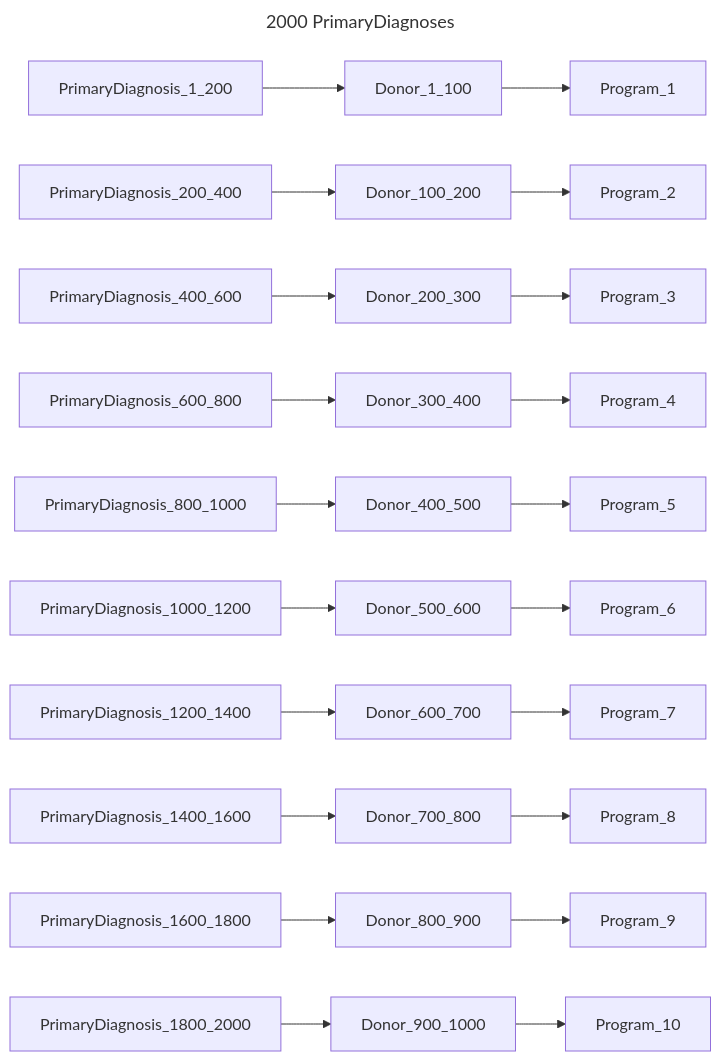
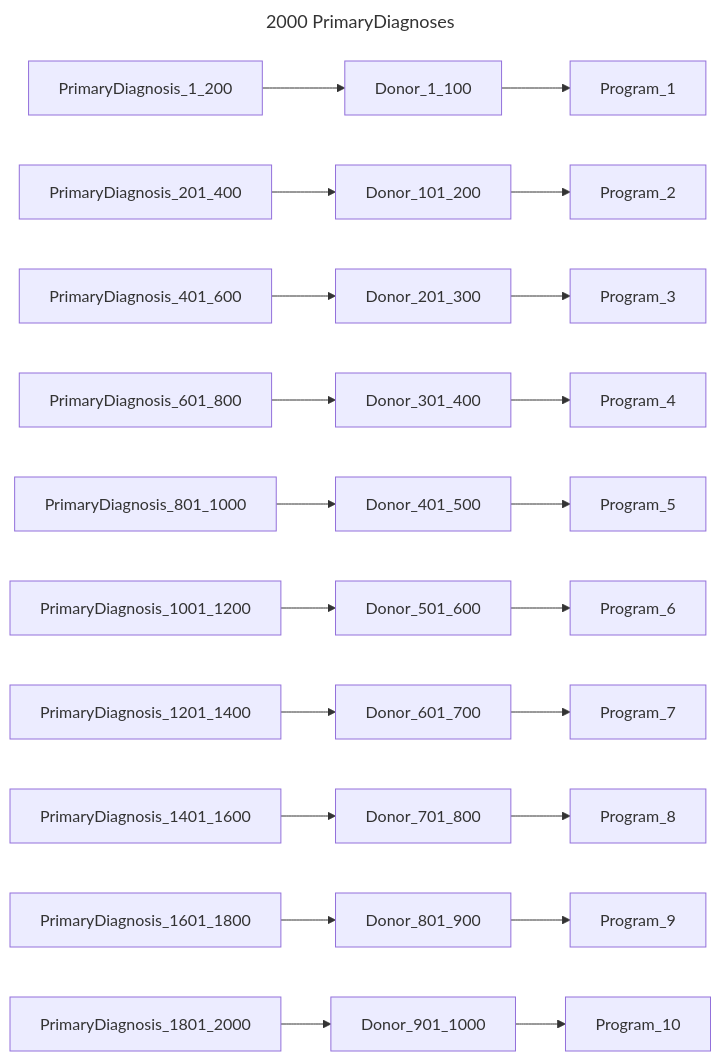
One commit to bento-platform/katsu changed the second of 13 diagrams in chord_metadata_service/mohpackets/data/large_dataset/README.md. Above: the diagram before and after it, drawn with Mermaid. The commit also changed other lines of this file, not shown here.

````diff
--- a/chord_metadata_service/mohpackets/data/large_dataset/README.md
+++ b/chord_metadata_service/mohpackets/data/large_dataset/README.md
@@ -25,16 +25,16 @@
 ```mermaid
 ---
 title: 2000 PrimaryDiagnoses
 ---
 graph LR;  
   PrimaryDiagnosis_1_200 --> Donor_1_100 --> Program_1;
-  PrimaryDiagnosis_200_400 --> Donor_100_200 --> Program_2;  
-  PrimaryDiagnosis_400_600 --> Donor_200_300 --> Program_3;  
-  PrimaryDiagnosis_600_800 --> Donor_300_400 --> Program_4;  
-  PrimaryDiagnosis_800_1000 --> Donor_400_500 --> Program_5;  
-  PrimaryDiagnosis_1000_1200 --> Donor_500_600 --> Program_6;  
-  PrimaryDiagnosis_1200_1400 --> Donor_600_700 --> Program_7;  
-  PrimaryDiagnosis_1400_1600 --> Donor_700_800 --> Program_8;  
-  PrimaryDiagnosis_1600_1800 --> Donor_800_900 --> Program_9;
-  PrimaryDiagnosis_1800_2000 --> Donor_900_1000 --> Program_10;  
+  PrimaryDiagnosis_201_400 --> Donor_101_200 --> Program_2;  
+  PrimaryDiagnosis_401_600 --> Donor_201_300 --> Program_3;  
+  PrimaryDiagnosis_601_800 --> Donor_301_400 --> Program_4;  
+  PrimaryDiagnosis_801_1000 --> Donor_401_500 --> Program_5;  
+  PrimaryDiagnosis_1001_1200 --> Donor_501_600 --> Program_6;  
+  PrimaryDiagnosis_1201_1400 --> Donor_601_700 --> Program_7;  
+  PrimaryDiagnosis_1401_1600 --> Donor_701_800 --> Program_8;  
+  PrimaryDiagnosis_1601_1800 --> Donor_801_900 --> Program_9;
+  PrimaryDiagnosis_1801_2000 --> Donor_901_1000 --> Program_10;  
 ```
````
